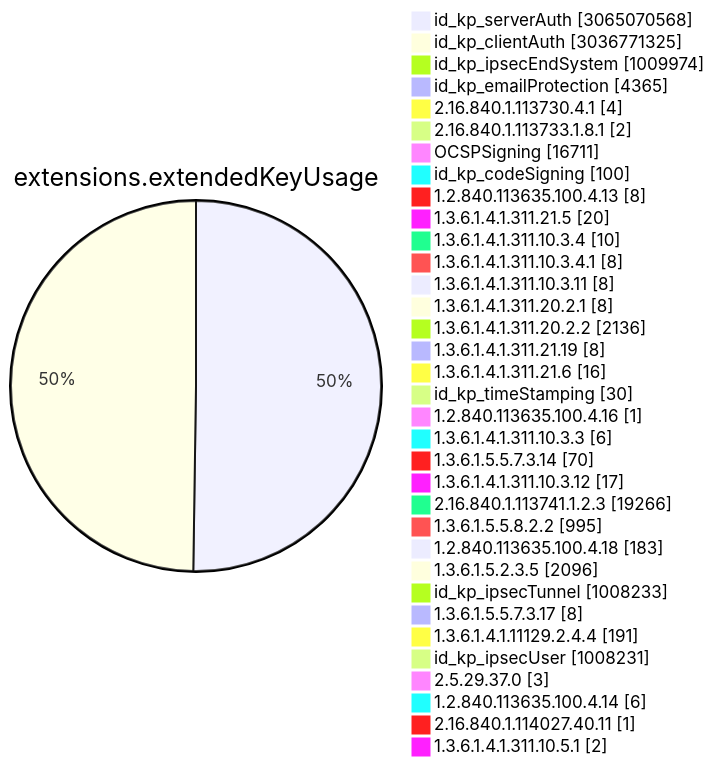
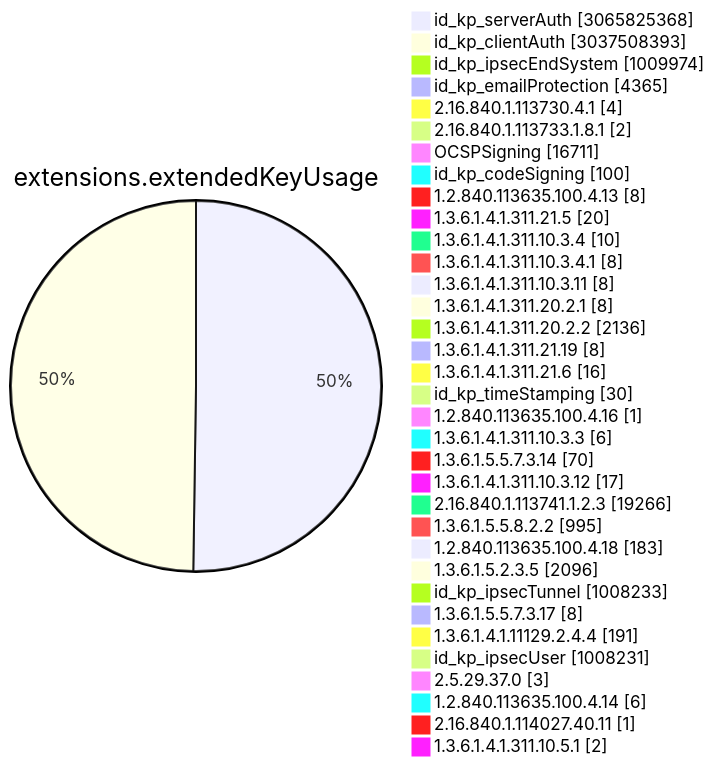
Before and after one commit to christiankrug/ctmonitor_visualization: diagram 11 of 15 in TOTAL/README.md, drawn with Mermaid. The commit also changed other lines of this file, not shown here.

````diff
--- a/TOTAL/README.md
+++ b/TOTAL/README.md
@@ -4117,38 +4117,38 @@
 ```mermaid
 pie showData
 title extensions.extendedKeyUsage
-"id_kp_serverAuth" :3065070568
-"id_kp_clientAuth" :3036771325
+"id_kp_serverAuth" :3065825368
+"id_kp_clientAuth" :3037508393
 "id_kp_ipsecEndSystem" :1009974
 "id_kp_emailProtection" :4365
 "2.16.840.1.113730.4.1" :4
 "2.16.840.1.113733.1.8.1" :2
 "OCSPSigning" :16711
 "id_kp_codeSigning" :100
 "1.2.840.113635.100.4.13" :8
 "1.3.6.1.4.1.311.21.5" :20
 "1.3.6.1.4.1.311.10.3.4" :10
 "1.3.6.1.4.1.311.10.3.4.1" :8
 "1.3.6.1.4.1.311.10.3.11" :8
 "1.3.6.1.4.1.311.20.2.1" :8
 "1.3.6.1.4.1.311.20.2.2" :2136
 "1.3.6.1.4.1.311.21.19" :8
 "1.3.6.1.4.1.311.21.6" :16
 "id_kp_timeStamping" :30
 "1.2.840.113635.100.4.16" :1
 "1.3.6.1.4.1.311.10.3.3" :6
 "1.3.6.1.5.5.7.3.14" :70
 "1.3.6.1.4.1.311.10.3.12" :17
 "2.16.840.1.113741.1.2.3" :19266
 "1.3.6.1.5.5.8.2.2" :995
 "1.2.840.113635.100.4.18" :183
 "1.3.6.1.5.2.3.5" :2096
 "id_kp_ipsecTunnel" :1008233
 "1.3.6.1.5.5.7.3.17" :8
 "1.3.6.1.4.1.11129.2.4.4" :191
 "id_kp_ipsecUser" :1008231
 "2.5.29.37.0" :3
 "1.2.840.113635.100.4.14" :6
 "2.16.840.1.114027.40.11" :1
 "1.3.6.1.4.1.311.10.5.1" :2
 ```
````
